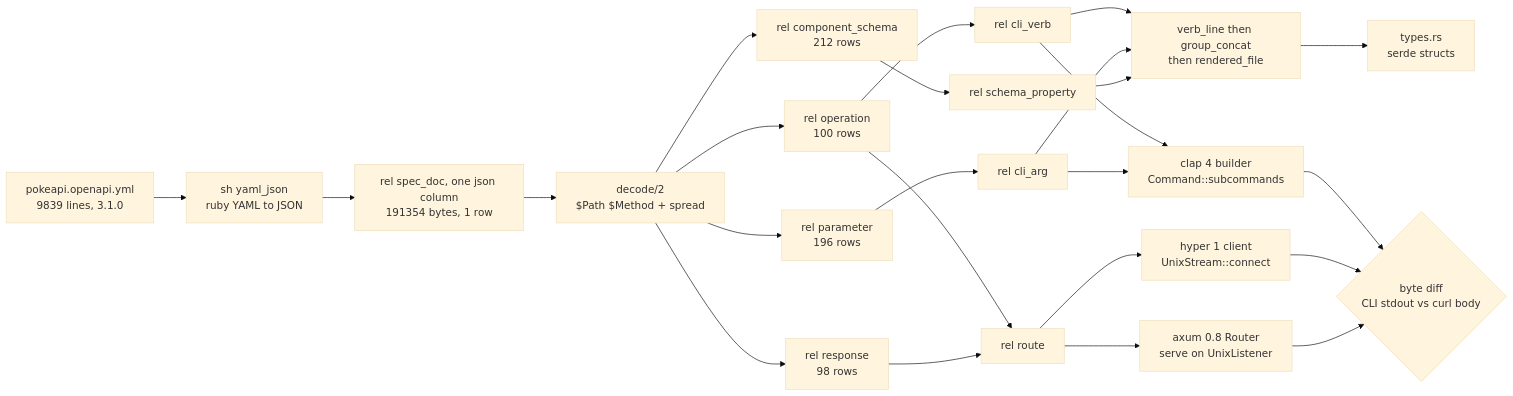
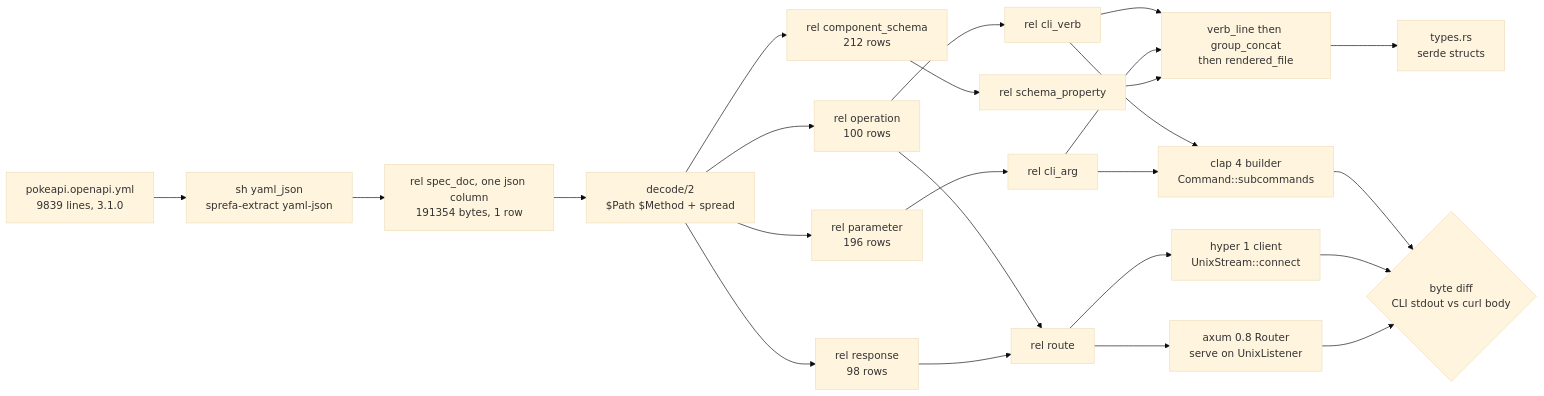
Before and after one commit to hafley66/sprefa: the diagram in plans/2026-08-17-openapi-clap-uds.PLAN.md, drawn with Mermaid (base theme). The commit also changed other lines of this file and 1 other file, not shown here.

Commit message:
plan: F0 chosen, dl6 is the API and CLI; engine-rs serve seam; yaml via extract verb

````diff
--- a/plans/2026-08-17-openapi-clap-uds.PLAN.md
+++ b/plans/2026-08-17-openapi-clap-uds.PLAN.md
@@ -290,41 +311,41 @@
 ```mermaid
 flowchart LR
   YML["pokeapi.openapi.yml<br/>9839 lines, 3.1.0"]
-  HOST["sh yaml_json<br/>ruby YAML to JSON"]
+  HOST["sh yaml_json<br/>sprefa-extract yaml-json"]
   DOC["rel spec_doc, one json column<br/>191354 bytes, 1 row"]
 
   YML --> HOST --> DOC
 
   DEC["decode/2<br/>$Path $Method + spread"]
   DOC --> DEC
 
   OP["rel operation<br/>100 rows"]
   PA["rel parameter<br/>196 rows"]
   RS["rel response<br/>98 rows"]
   CS["rel component_schema<br/>212 rows"]
   DEC --> OP & PA & RS & CS
 
   VERB["rel cli_verb"]
   ARG["rel cli_arg"]
   ROUTE["rel route"]
   OP --> VERB & ROUTE
   PA --> ARG
   RS --> ROUTE
   CS --> TYPES["rel schema_property"]
 
   LINE["verb_line then group_concat<br/>then rendered_file"]
   VERB & ARG & TYPES --> LINE
 
   CLAP["clap 4 builder<br/>Command::subcommands"]
   AXUM["axum 0.8 Router<br/>serve on UnixListener"]
   CLIENT["hyper 1 client<br/>UnixStream::connect"]
   VERB & ARG --> CLAP
   ROUTE --> AXUM
   ROUTE --> CLIENT
   LINE --> RSFILE["types.rs<br/>serde structs"]
 
   DIFF{"byte diff<br/>CLI stdout vs curl body"}
   CLAP --> DIFF
   CLIENT --> DIFF
   AXUM --> DIFF
 ```
````
